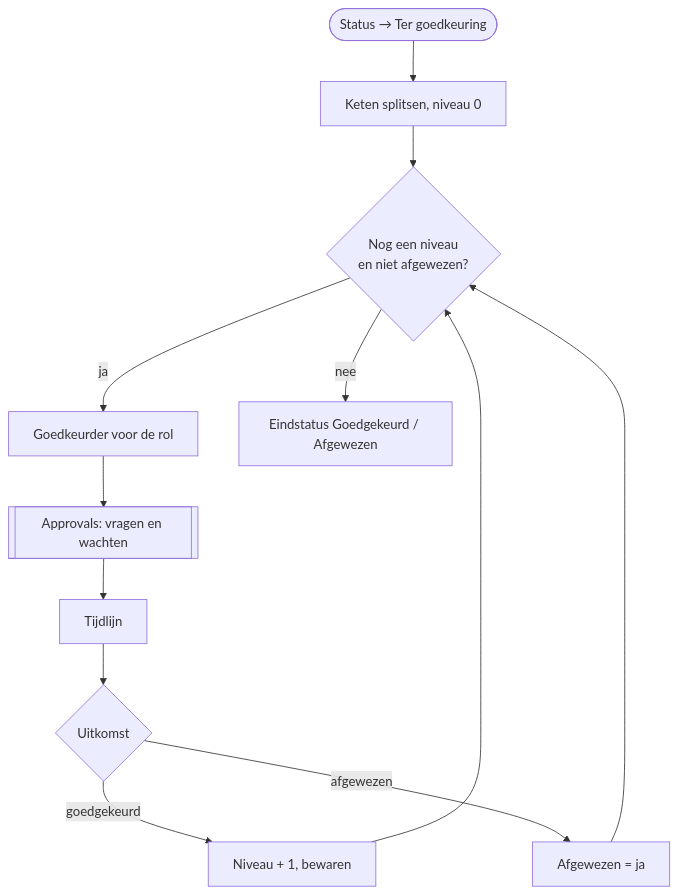
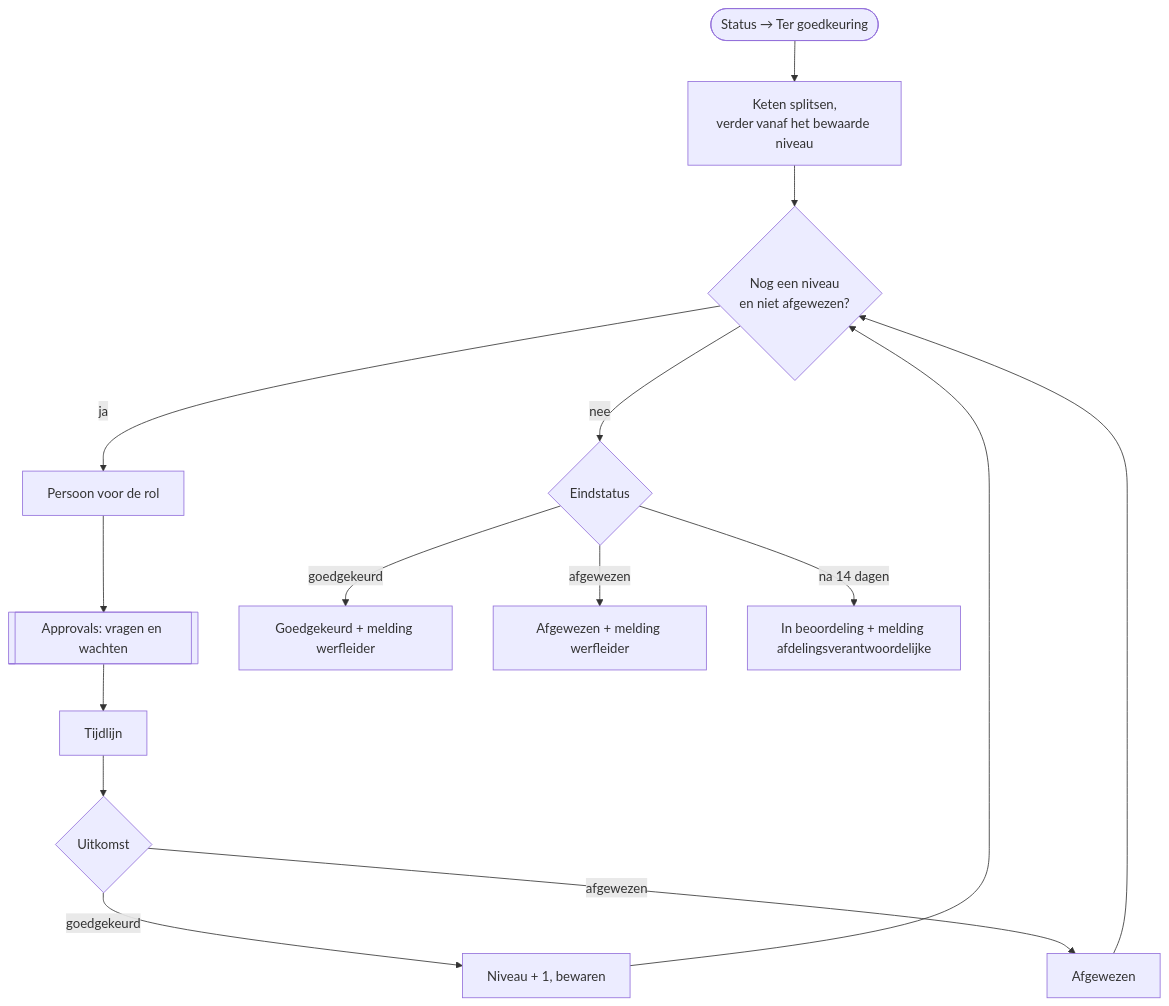
One commit to phlppgdfry/construction-digital-transformation changed the diagram in power-platform/flows/HV-CL-02.md. Above: the diagram before and after it, drawn with Mermaid. The commit also changed other lines of this file and 109 other files, not shown here.

````diff
--- a/power-platform/flows/HV-CL-02.md
+++ b/power-platform/flows/HV-CL-02.md
@@ -41,11 +45,14 @@
 ```mermaid
 flowchart TD
-  T([Status → Ter goedkeuring]) --> I[Keten splitsen, niveau 0]
+  T([Status → Ter goedkeuring]) --> I[Keten splitsen,<br/>verder vanaf het bewaarde niveau]
   I --> L{Nog een niveau<br/>en niet afgewezen?}
-  L -->|ja| P[Goedkeurder voor de rol] --> A[[Approvals: vragen en wachten]]
+  L -->|ja| P[Persoon voor de rol] --> A[[Approvals: vragen en wachten]]
   A --> TL[Tijdlijn]
   TL --> U{Uitkomst}
   U -->|goedgekeurd| N[Niveau + 1, bewaren] --> L
-  U -->|afgewezen| X[Afgewezen = ja] --> L
-  L -->|nee| E[Eindstatus Goedgekeurd / Afgewezen]
+  U -->|afgewezen| X[Afgewezen] --> L
+  L -->|nee| E{Eindstatus}
+  E -->|goedgekeurd| G[Goedgekeurd + melding werfleider]
+  E -->|afgewezen| R[Afgewezen + melding werfleider]
+  E -->|na 14 dagen| V[In beoordeling + melding afdelingsverantwoordelijke]
 ```
````
